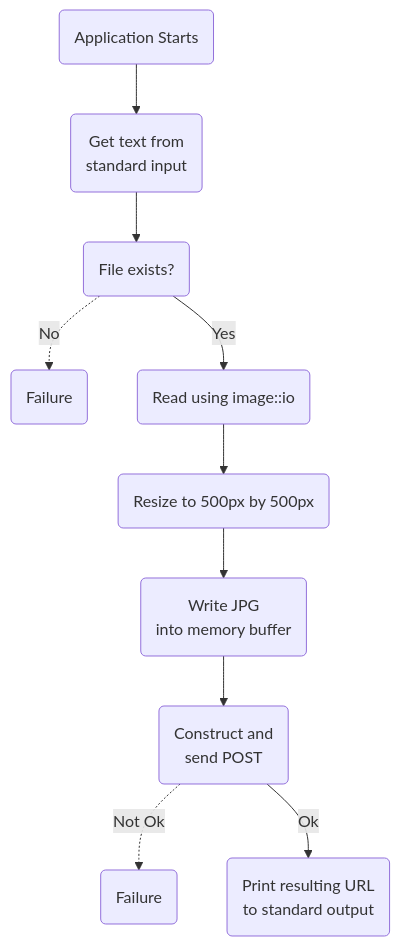
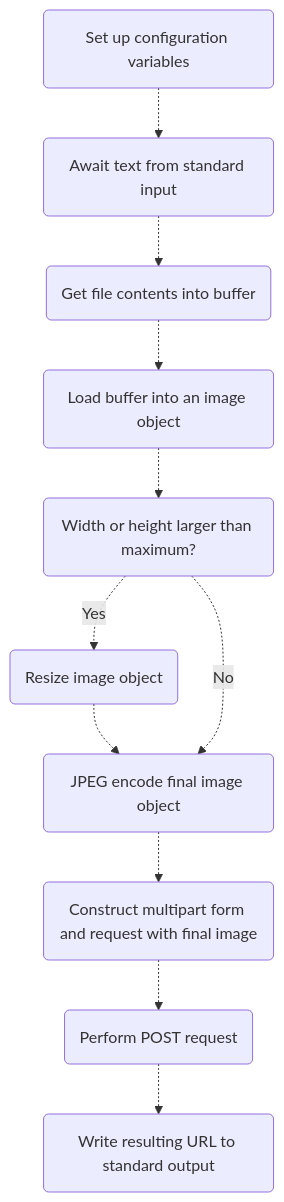
The diagram in README.md (realoksi/foobar2000-catbox), drawn with Mermaid before and after one commit. The commit also changed other lines of this file, not shown here.

Commit message:
reduce reuse recycle

````diff
--- a/README.md
+++ b/README.md
@@ -32,12 +28,14 @@
 ```mermaid
 flowchart TD
-    A(Application Starts)-->
-    B(Get text from\nstandard input)-->
-    C(File exists?)-.->|No|D(Failure)
-    C-->|Yes|E(Read using image::io)
-    E-->F(Resize to 500px by 500px)
-    F-->G(Write JPG\ninto memory buffer)
-    G-->H(Construct and\nsend POST)
-    H-.->|Not Ok|I(Failure)
-    H-->|Ok|J(Print resulting URL\nto standard output)
+    A(Set up configuration variables)-.->
+    B(Await text from standard input)-.->
+    C(Get file contents into buffer)-.->
+    D(Load buffer into an image object)-.->
+    E(Width or height larger than maximum?)-.->
+    |Yes|F(Resize image object)-.->
+    G(JPEG encode final image object)
+    E-.->|No|G-.->
+    H(Construct multipart form and request with final image)-.->
+    I(Perform POST request)-.->
+    J(Write resulting URL to standard output)
 ```
````
